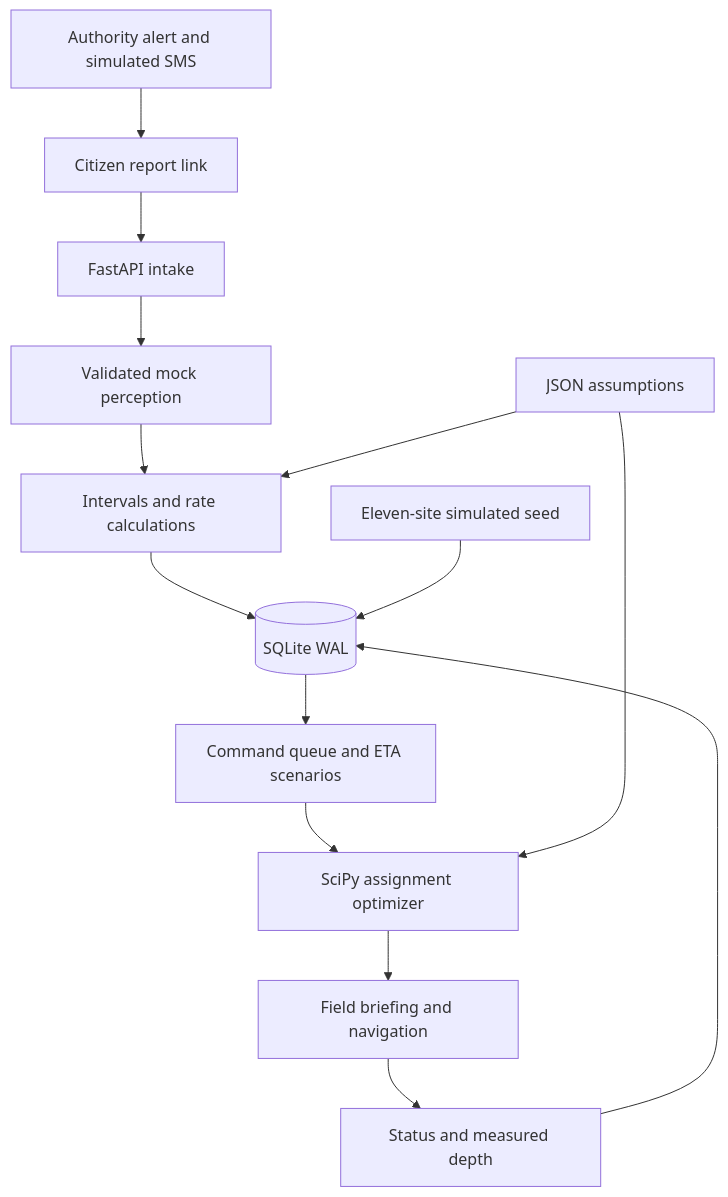
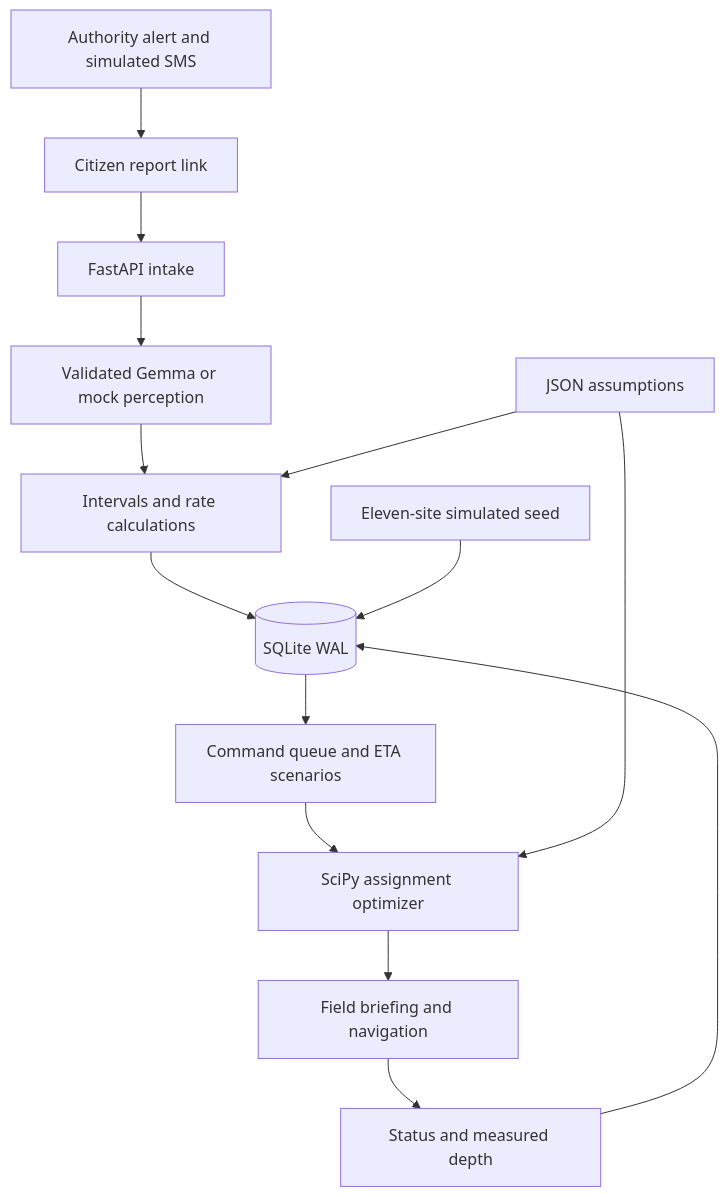
One commit to B-Sheikh/Hacktoberfest-October-Grinch changed the diagram in README.md. Above: the diagram before and after it, drawn with Mermaid. The commit also changed other lines of this file and 61 other files, not shown here.

````diff
--- a/README.md
+++ b/README.md
@@ -57,16 +60,16 @@
 ```mermaid
 flowchart TD
     A[Authority alert and simulated SMS] --> R[Citizen report link]
     R --> API[FastAPI intake]
-    API --> V[Validated mock perception]
+    API --> V[Validated Gemma or mock perception]
     V --> P[Intervals and rate calculations]
     P --> DB[(SQLite WAL)]
     S[Eleven-site simulated seed] --> DB
     DB --> C[Command queue and ETA scenarios]
     C --> D[SciPy assignment optimizer]
     D --> F[Field briefing and navigation]
     F --> M[Status and measured depth]
     M --> DB
     J[JSON assumptions] --> P
     J --> D
 ```
````
